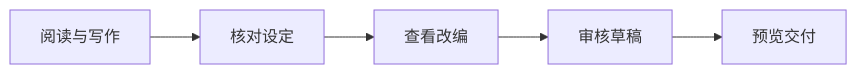
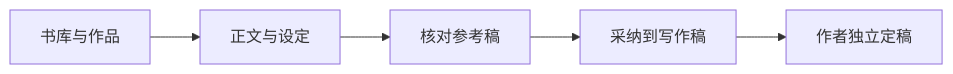
Before and after one commit to limecloud/hetu: the diagram in apps/website/src/content/guides/zh-CN/getting-started.md, drawn with Mermaid. The commit also changed other lines of this file and 252 other files, not shown here.

````diff
--- a/apps/website/src/content/guides/zh-CN/getting-started.md
+++ b/apps/website/src/content/guides/zh-CN/getting-started.md
@@ -19,7 +15,7 @@
 ```mermaid
 flowchart LR
-    A[阅读与写作] --> B[核对设定]
-    B --> C[查看改编]
-    C --> D[审核草稿]
-    D --> E[预览交付]
+    A[书库与作品] --> B[正文与设定]
+    B --> C[核对参考稿]
+    C --> D[采纳到写作稿]
+    D --> E[作者独立定稿]
 ```
````
